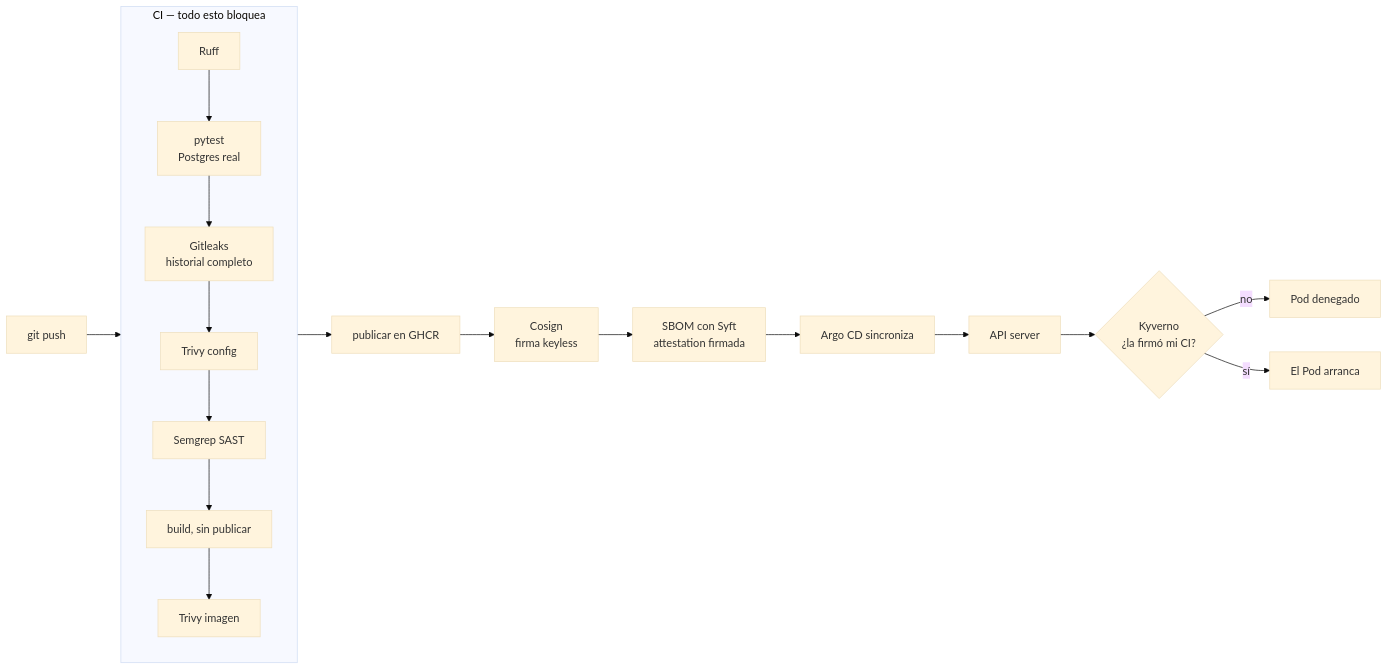
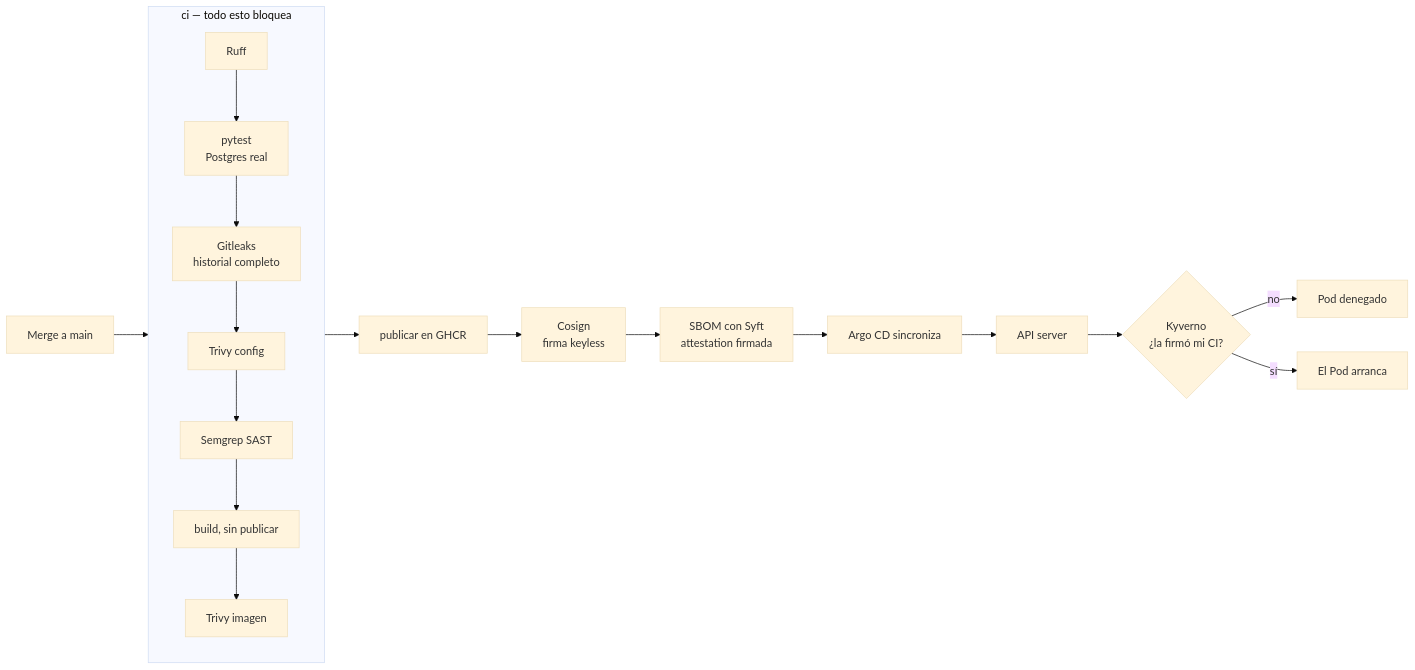
One commit to juan-in-one/.github changed the third of 3 diagrams in profile/README.es.md. Above: the diagram before and after it, drawn with Mermaid (base theme). The commit also changed other lines of this file and 1 other file, not shown here.

Commit message:
docs: sync Spanish README with PR/merge split

````diff
--- a/profile/README.es.md
+++ b/profile/README.es.md
@@ -131,24 +149,24 @@
 ```mermaid
 flowchart LR
-    push["git push"] --> gate
+    push["Merge a main"] --> gate
 
-    subgraph gate["CI — todo esto bloquea"]
+    subgraph gate["ci — todo esto bloquea"]
         direction TB
         a["Ruff"] --> b["pytest<br/>Postgres real"]
         b --> c["Gitleaks<br/>historial completo"]
         c --> d["Trivy config"]
         d --> e["Semgrep SAST"]
         e --> f["build, sin publicar"]
         f --> g["Trivy imagen"]
     end
 
     gate --> pushimg["publicar en GHCR"]
     pushimg --> sign["Cosign<br/>firma keyless"]
     sign --> sbom["SBOM con Syft<br/>attestation firmada"]
 
     sbom --> argo["Argo CD sincroniza"]
     argo --> api["API server"]
     api --> kyv{"Kyverno<br/>¿la firmó mi CI?"}
     kyv -->|no| deny["Pod denegado"]
     kyv -->|sí| run["El Pod arranca"]
 ```
````
